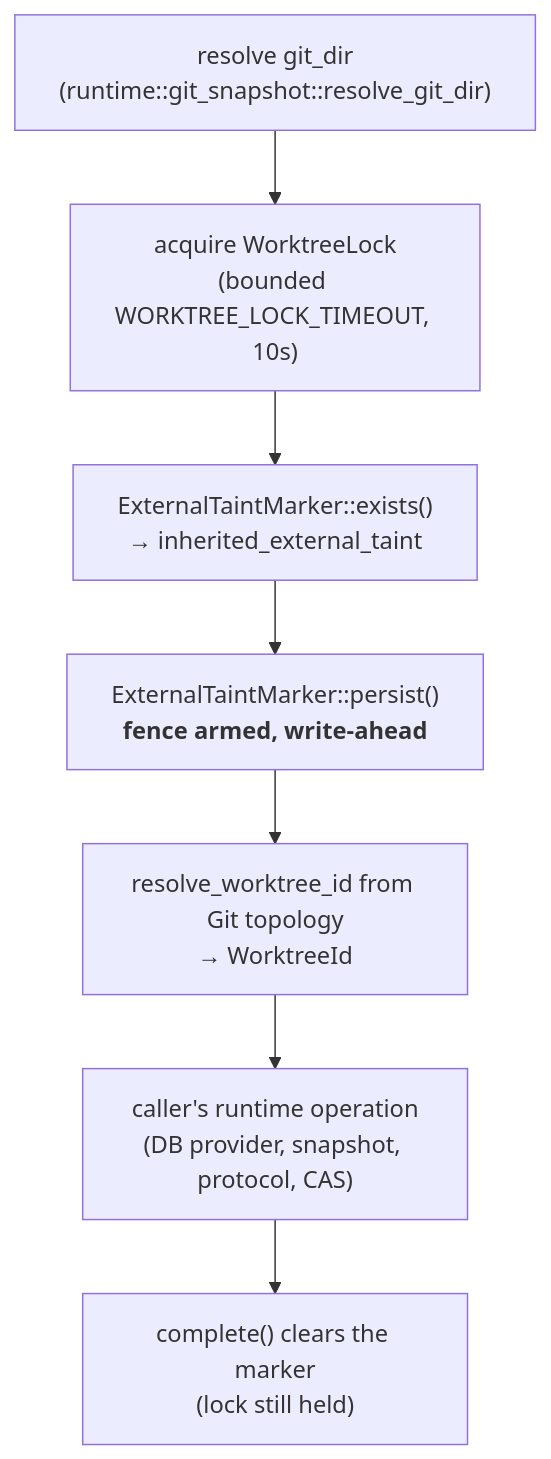
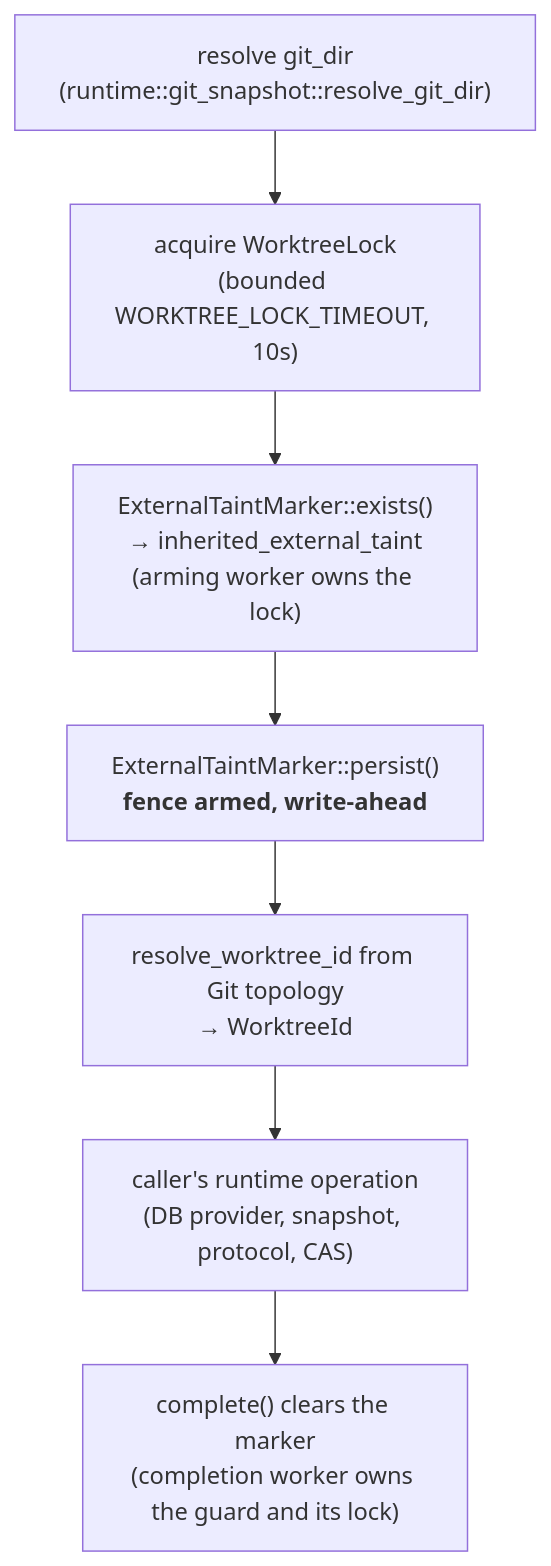
The diagram in context/cli/mutation-trace-protected-worktree.md (crocoder-dev/shared-context-engineering), drawn with Mermaid before and after one commit. The commit also changed other lines of this file and 6 other files, not shown here.

````diff
--- a/context/cli/mutation-trace-protected-worktree.md
+++ b/context/cli/mutation-trace-protected-worktree.md
@@ -19,9 +19,9 @@
 ```mermaid
 flowchart TD
     A["resolve git_dir<br/>(runtime::git_snapshot::resolve_git_dir)"] --> B["acquire WorktreeLock<br/>(bounded WORKTREE_LOCK_TIMEOUT, 10s)"]
-    B --> C["ExternalTaintMarker::exists()<br/>→ inherited_external_taint"]
+    B --> C["ExternalTaintMarker::exists()<br/>→ inherited_external_taint<br/>(arming worker owns the lock)"]
     C --> D["ExternalTaintMarker::persist()<br/><b>fence armed, write-ahead</b>"]
     D --> E["resolve_worktree_id from Git topology<br/>→ WorktreeId"]
     E --> F["caller's runtime operation<br/>(DB provider, snapshot, protocol, CAS)"]
-    F --> G["complete() clears the marker<br/>(lock still held)"]
+    F --> G["complete() clears the marker<br/>(completion worker owns the guard and its lock)"]
 ```
````
